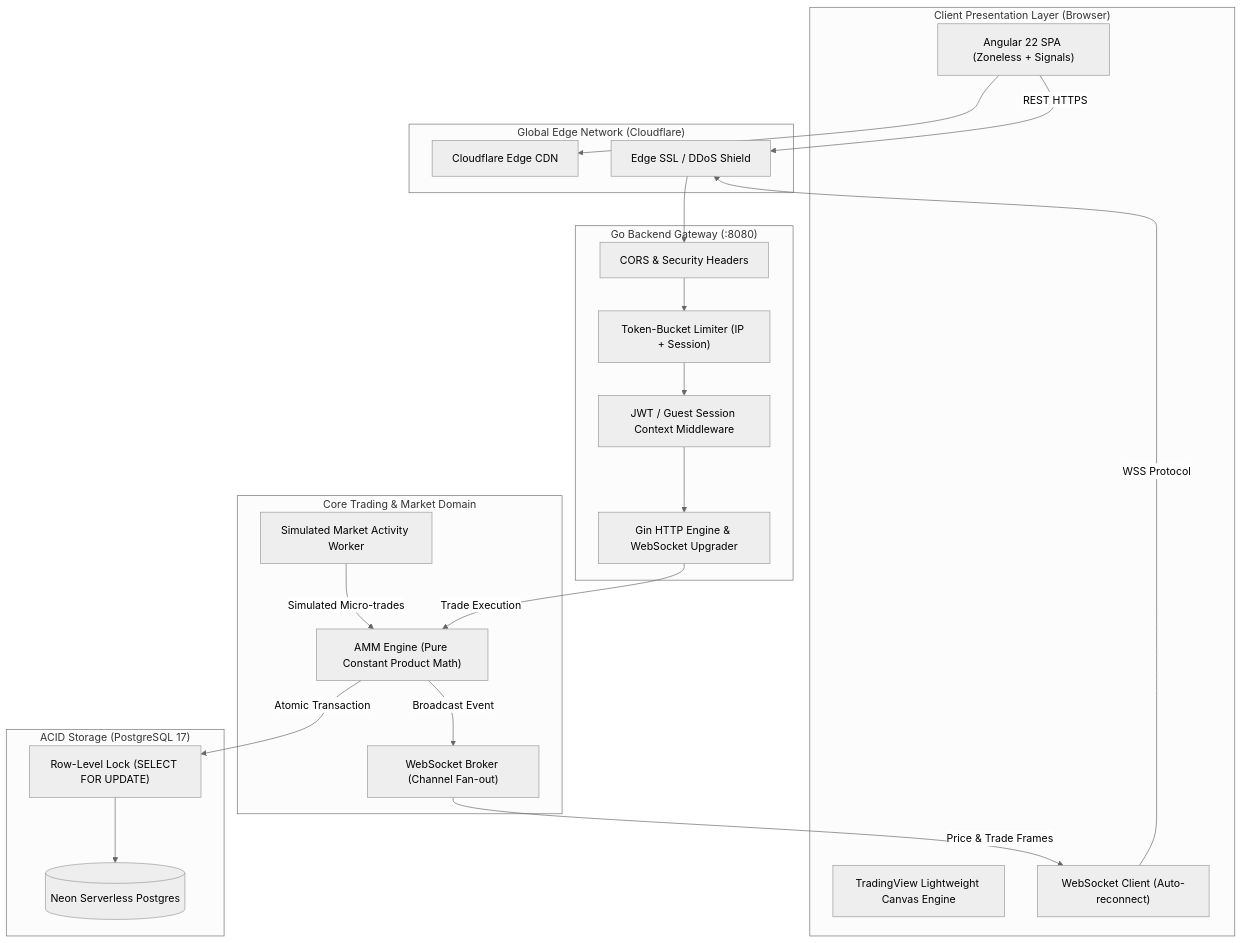
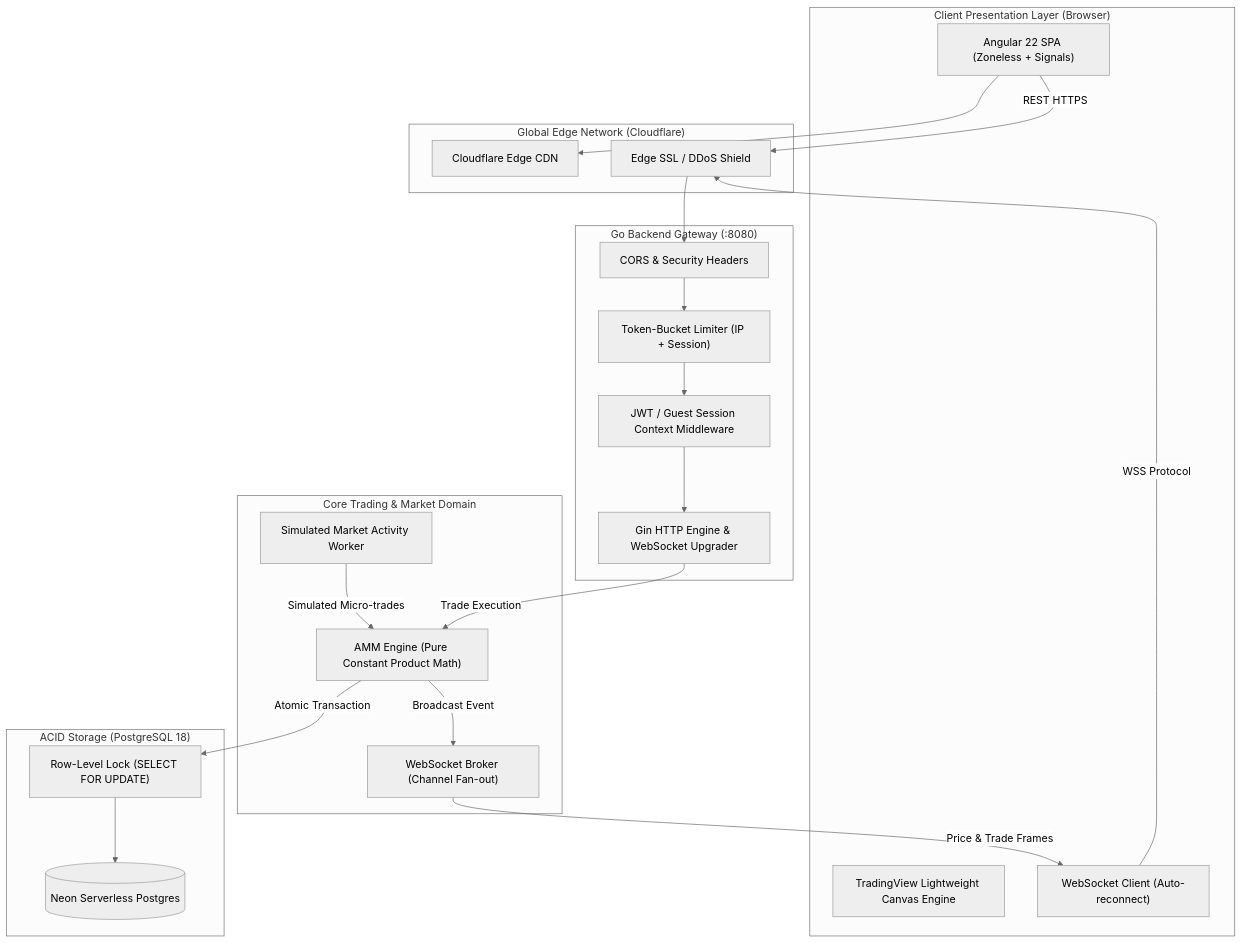
One commit to Avinaba-Mazumdar/bayes-market changed the first of 5 diagrams in target/ARCHITECTURE.md. Above: the diagram before and after it, drawn with Mermaid (neutral theme). The commit also changed other lines of this file and 3 other files, not shown here.

````diff
--- a/target/ARCHITECTURE.md
+++ b/target/ARCHITECTURE.md
@@ -79,46 +79,46 @@
 ```mermaid
 graph TB
     subgraph ClientLayer ["Client Presentation Layer (Browser)"]
         UI["Angular 22 SPA (Zoneless + Signals)"]
         TVChart["TradingView Lightweight Canvas Engine"]
         WSSub["WebSocket Client (Auto-reconnect)"]
     end
 
     subgraph EdgeLayer ["Global Edge Network (Cloudflare)"]
         CDN["Cloudflare Edge CDN"]
         SSL["Edge SSL / DDoS Shield"]
     end
 
     subgraph GatewayLayer ["Go Backend Gateway (:8080)"]
         CORS["CORS & Security Headers"]
         RateLimit["Token-Bucket Limiter (IP + Session)"]
         AuthCtx["JWT / Guest Session Context Middleware"]
         Router["Gin HTTP Engine & WebSocket Upgrader"]
     end
 
     subgraph EngineLayer ["Core Trading & Market Domain"]
         AMM["AMM Engine (Pure Constant Product Math)"]
         WSHub["WebSocket Broker (Channel Fan-out)"]
         TickerBot["Simulated Market Activity Worker"]
     end
 
-    subgraph PersistenceLayer ["ACID Storage (PostgreSQL 17)"]
+    subgraph PersistenceLayer ["ACID Storage (PostgreSQL 18)"]
         DB[(Neon Serverless Postgres)]
         PoolLock["Row-Level Lock (SELECT FOR UPDATE)"]
     end
 
     UI --> CDN
     UI -->|REST HTTPS| SSL
     WSSub -->|WSS Protocol| SSL
     SSL --> CORS
     CORS --> RateLimit
     RateLimit --> AuthCtx
     AuthCtx --> Router
 
     Router -->|Trade Execution| AMM
     AMM -->|Atomic Transaction| PoolLock
     PoolLock --> DB
     AMM -->|Broadcast Event| WSHub
     TickerBot -->|Simulated Micro-trades| AMM
     WSHub -->|Price & Trade Frames| WSSub
 ```
````
